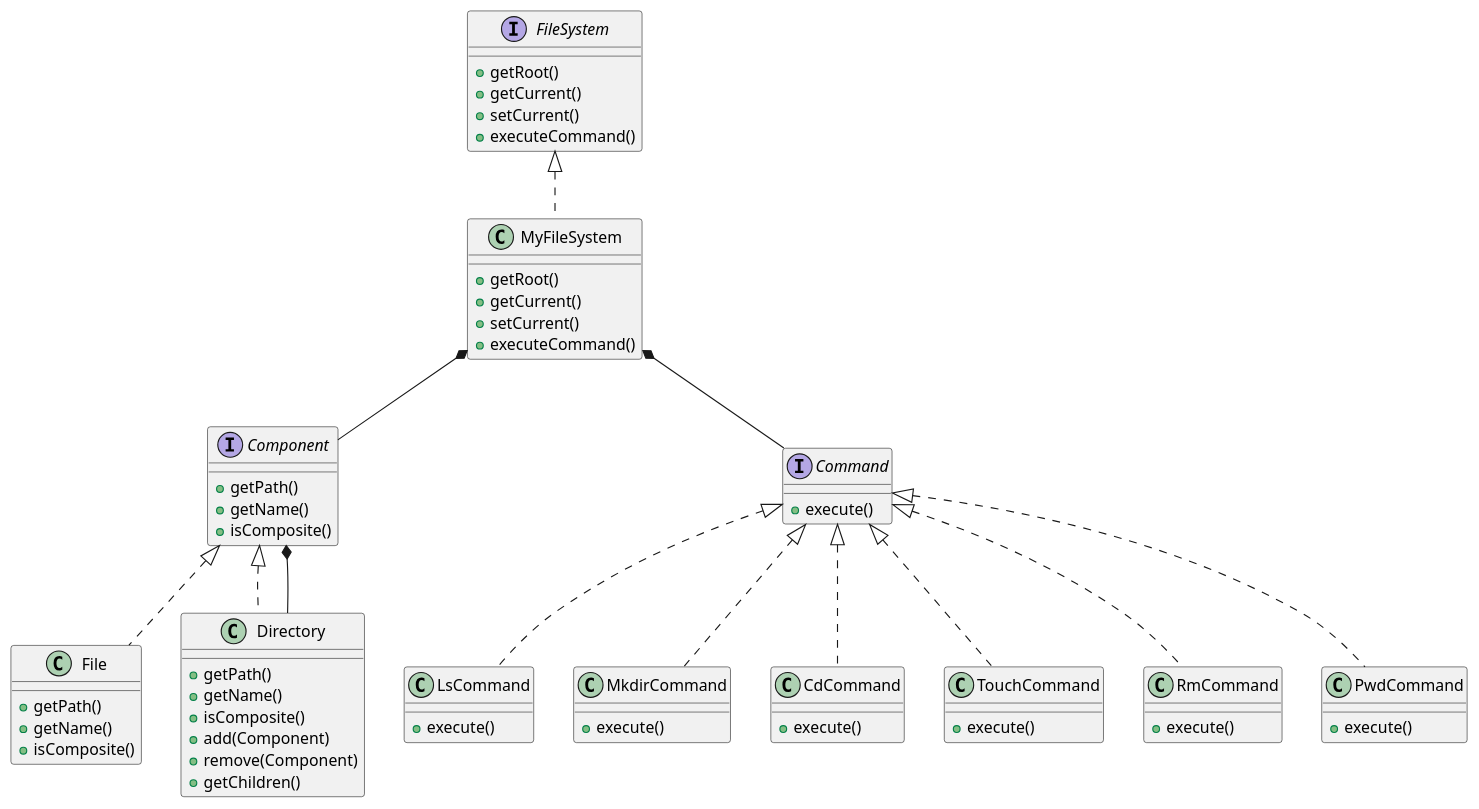
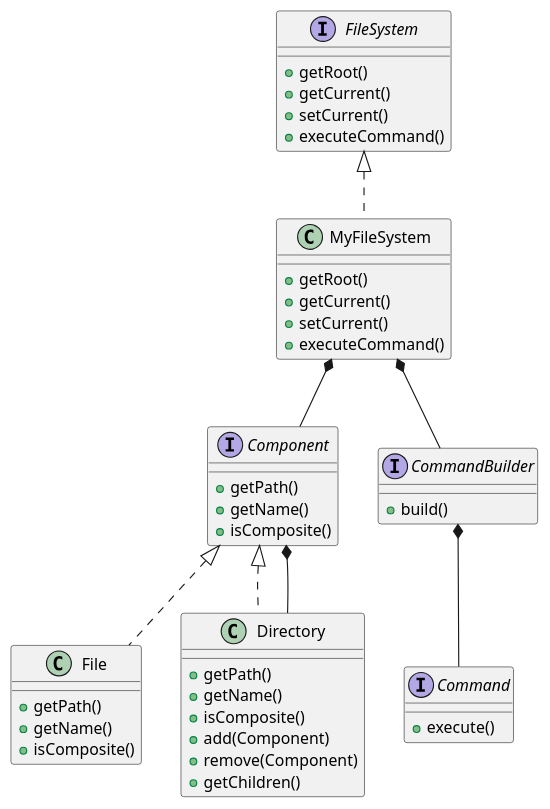
One commit to austral-ingsis-classroom/clifford-TomasValleDuran changed the diagram in uml/clases.puml. Above: the diagram before and after it, drawn with PlantUML.

Commit message:
updated uml

```diff
--- a/uml/clases.puml
+++ b/uml/clases.puml
@@ -1,70 +1,51 @@
 @startuml
 
 Interface Component {
     + getPath()
     + getName()
     + isComposite()
 }
 
 Class File implements Component {
     + getPath()
     + getName()
     + isComposite()
 }
 
 Class Directory implements Component {
     + getPath()
     + getName()
     + isComposite()
     + add(Component)
     + remove(Component)
     + getChildren()
 }
 
 Interface Command {
     + execute()
 }
 
-Class LsCommand implements Command {
-    + execute()
-}
-
-Class MkdirCommand implements Command {
-    + execute()
-}
-
-Class CdCommand implements Command {
-    + execute()
-}
-
-Class TouchCommand implements Command {
-    + execute()
-}
-
-Class RmCommand implements Command {
-    + execute()
-}
-
-Class PwdCommand implements Command {
-    + execute()
-}
-
 Interface FileSystem {
     + getRoot()
     + getCurrent()
     + setCurrent()
     + executeCommand()
 }
 
 Class MyFileSystem implements FileSystem {
     + getRoot()
     + getCurrent()
     + setCurrent()
     + executeCommand()
 }
 
+Interface CommandBuilder {
+    + build()
+}
+
 Component *-- Directory
 MyFileSystem *-- Component
-MyFileSystem *-- Command
+MyFileSystem *-- CommandBuilder
+CommandBuilder *-- Command
 
 @enduml
```
